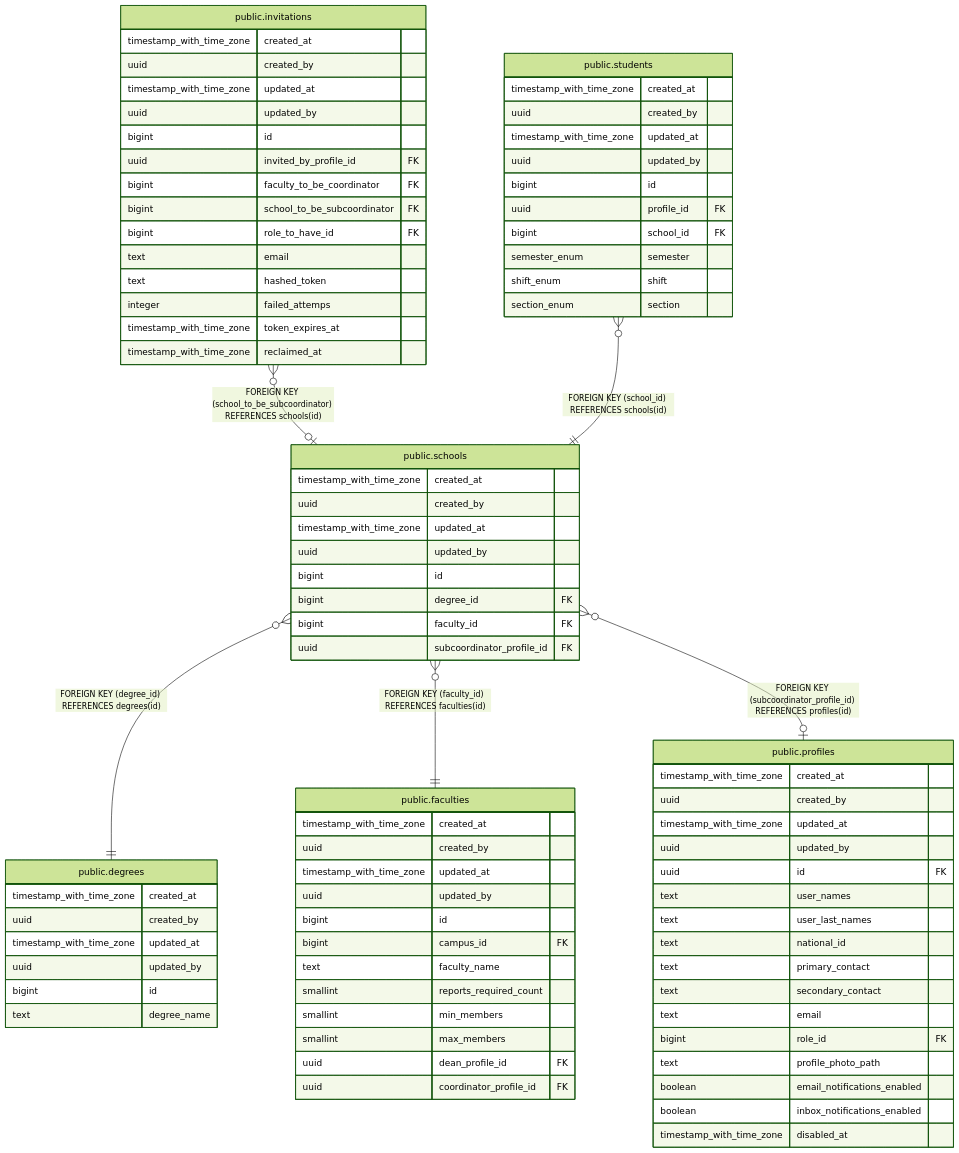
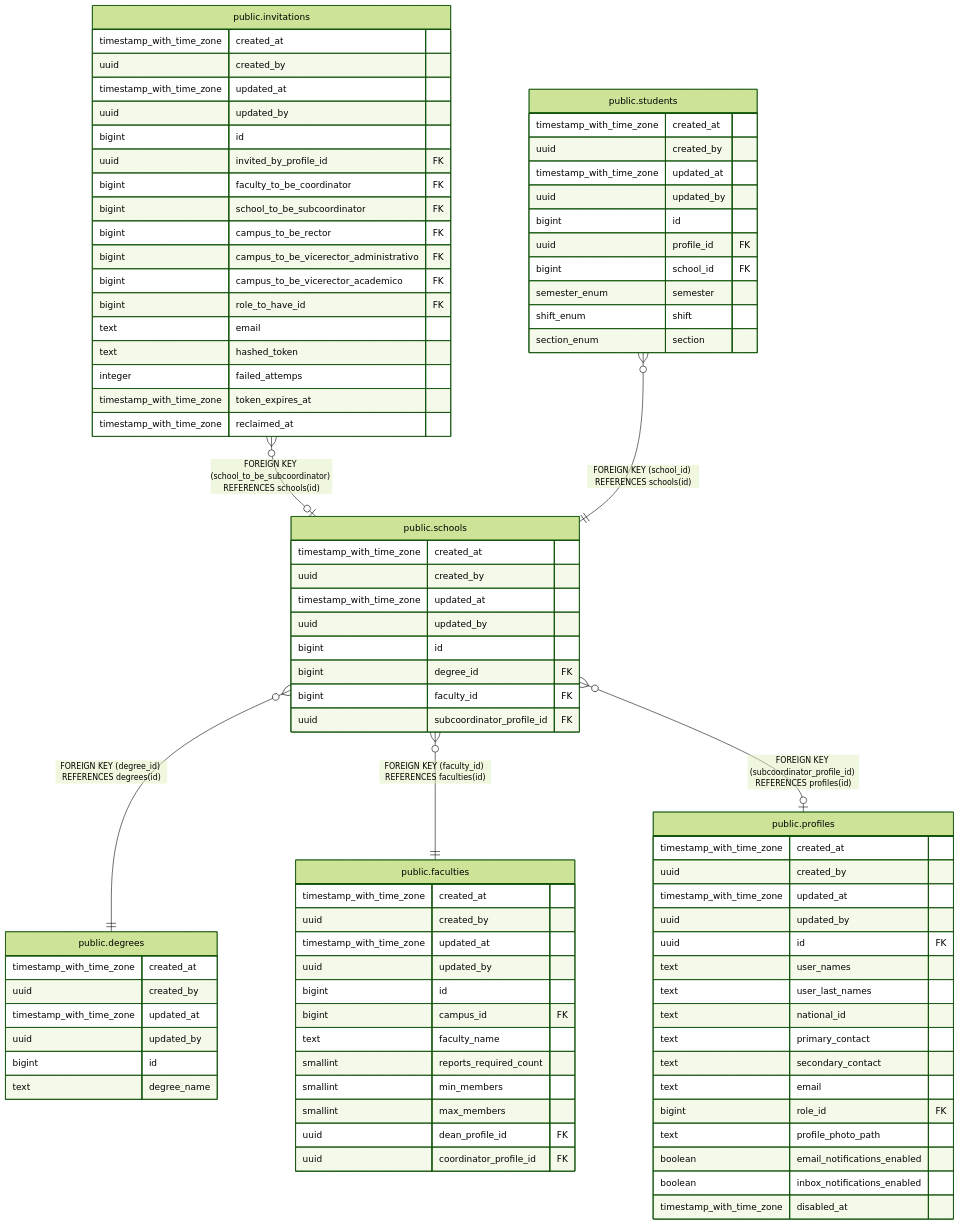
The diagram in docs/db/tbls/public.schools.md (icristianhernandez/academic-service-backend), drawn with Mermaid (forest theme) before and after one commit. The commit also changed 11 other files, not shown here.

```diff
--- a/docs/db/tbls/public.schools.md
+++ b/docs/db/tbls/public.schools.md
@@ -69,6 +69,9 @@
   uuid invited_by_profile_id FK ""
   bigint faculty_to_be_coordinator FK ""
   bigint school_to_be_subcoordinator FK ""
+  bigint campus_to_be_rector FK ""
+  bigint campus_to_be_vicerector_administrativo FK ""
+  bigint campus_to_be_vicerector_academico FK ""
   bigint role_to_have_id FK ""
   text email ""
   text hashed_token ""
```
